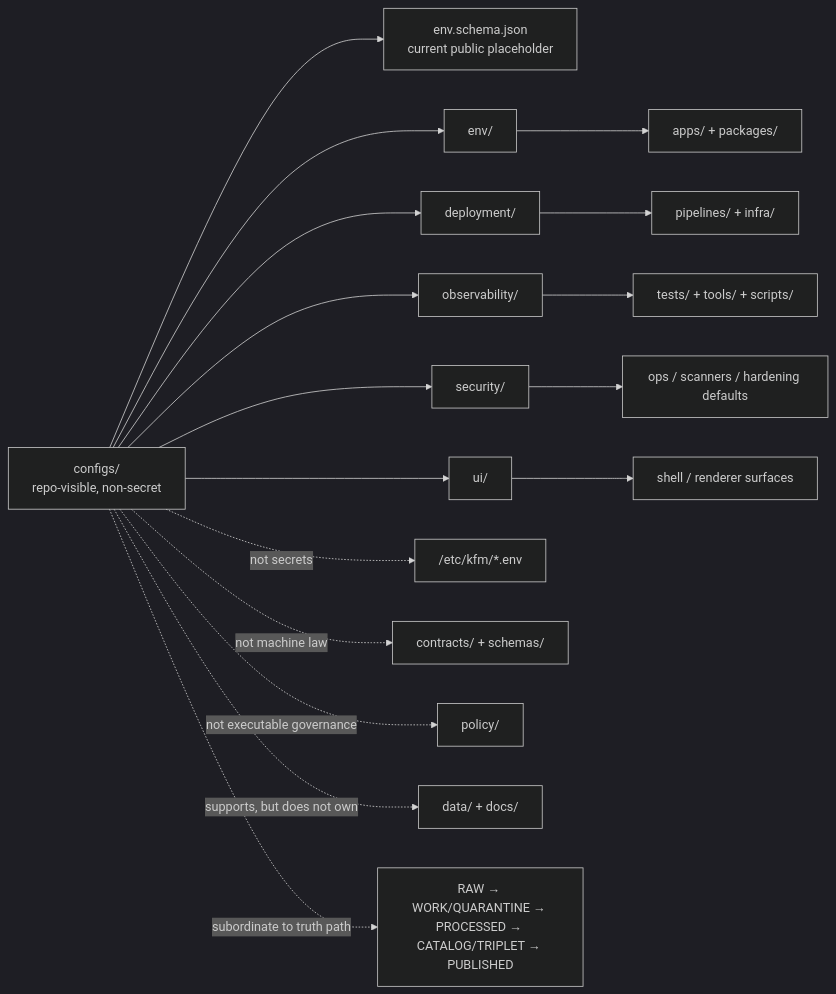
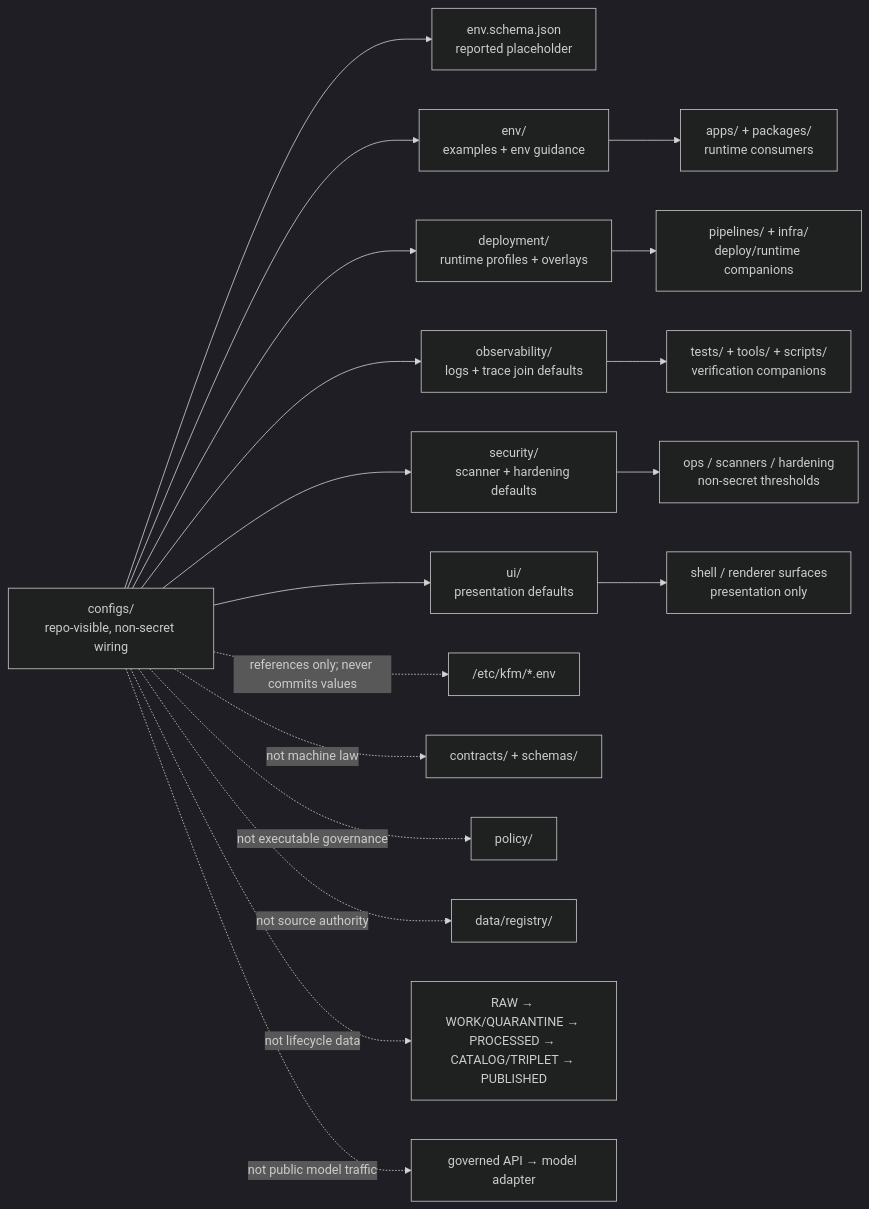
The first of 2 diagrams in configs/README.md (bartytime4life/Kansas-Frontier-Matrix), drawn with Mermaid (dark theme) before and after one commit. The commit also changed other lines of this file, not shown here.

````diff
--- a/configs/README.md
+++ b/configs/README.md
@@ -300,21 +215,24 @@
 ```mermaid
 flowchart LR
-  C["configs/<br/>repo-visible, non-secret"] --> ES["env.schema.json<br/>current public placeholder"]
-  C --> E["env/"]
-  C --> D["deployment/"]
-  C --> O["observability/"]
-  C --> S["security/"]
-  C --> U["ui/"]
+  C["configs/<br/>repo-visible, non-secret wiring"]
 
-  E --> AP["apps/ + packages/"]
-  D --> PX["pipelines/ + infra/"]
-  O --> TV["tests/ + tools/ + scripts/"]
-  U --> SHELL["shell / renderer surfaces"]
-  S --> OPS["ops / scanners / hardening defaults"]
+  C --> ES["env.schema.json<br/>reported placeholder"]
+  C --> E["env/<br/>examples + env guidance"]
+  C --> D["deployment/<br/>runtime profiles + overlays"]
+  C --> O["observability/<br/>logs + trace join defaults"]
+  C --> S["security/<br/>scanner + hardening defaults"]
+  C --> U["ui/<br/>presentation defaults"]
 
-  C -. "not secrets" .-> HOST["/etc/kfm/*.env"]
+  E --> AP["apps/ + packages/<br/>runtime consumers"]
+  D --> PX["pipelines/ + infra/<br/>deploy/runtime companions"]
+  O --> TV["tests/ + tools/ + scripts/<br/>verification companions"]
+  U --> SHELL["shell / renderer surfaces<br/>presentation only"]
+  S --> OPS["ops / scanners / hardening<br/>non-secret thresholds"]
+
+  C -. "references only; never commits values" .-> HOST["/etc/kfm/*.env"]
   C -. "not machine law" .-> LAW["contracts/ + schemas/"]
   C -. "not executable governance" .-> POLICY["policy/"]
-  C -. "supports, but does not own" .-> DD["data/ + docs/"]
-  C -. "subordinate to truth path" .-> FLOW["RAW → WORK/QUARANTINE → PROCESSED → CATALOG/TRIPLET → PUBLISHED"]
+  C -. "not source authority" .-> REG["data/registry/"]
+  C -. "not lifecycle data" .-> FLOW["RAW → WORK/QUARANTINE → PROCESSED → CATALOG/TRIPLET → PUBLISHED"]
+  C -. "not public model traffic" .-> AI["governed API → model adapter"]
 ```
````
